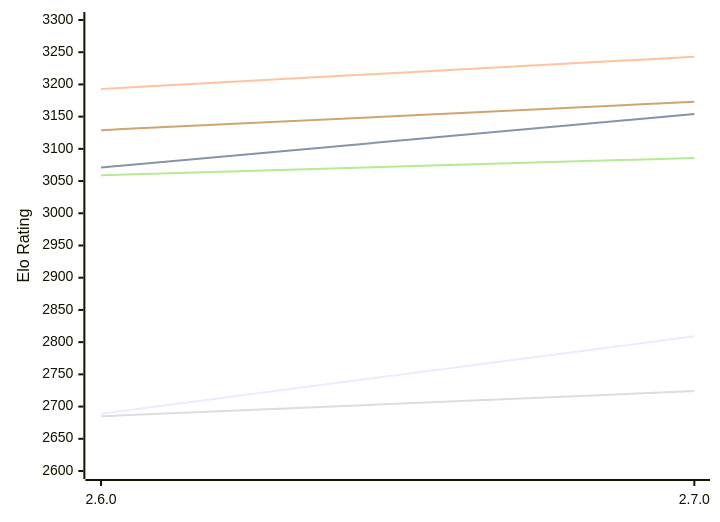
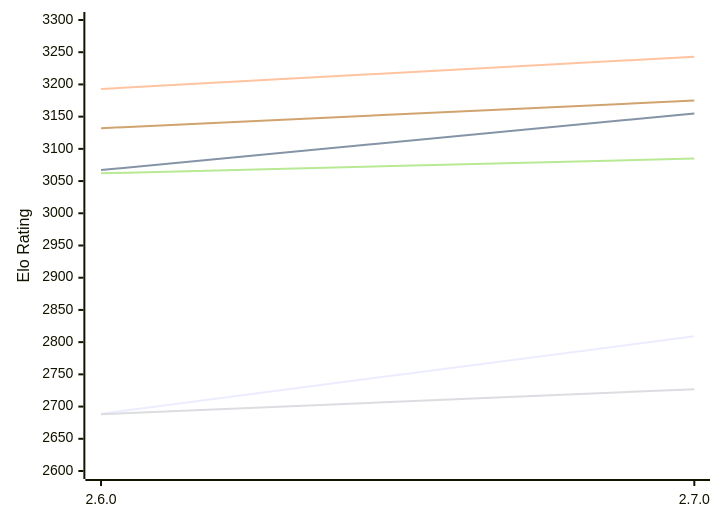
The first of 2 diagrams in engines/Sturddle2.md (computer-chess-index/cci), drawn with Mermaid before and after one commit. The commit also changed other lines of this file, not shown here.

Commit message:
Update CCI Ratings (ELO VLTC) - 2026-11-24

````diff
--- a/engines/Sturddle2.md
+++ b/engines/Sturddle2.md
@@ -51,12 +51,12 @@
 ```mermaid
 %%{init: {"theme":"base","themeVariables":{"seriesColors:['#a3a3a3','#222221','#faa371']}}}%%
 xychart-beta
   x-axis ["2.6.0", "2.7.0"]
   y-axis "Elo Rating" 2600 --> 3300
   line "E1: STC (8.0+0.08s)" [2689, 2809]
-  line "E1: LTC (60.0+0.60s)" [3071, 3154]
+  line "E1: LTC (60.0+0.60s)" [3067, 3155]
   line "E1: VLTC (2m24s+1.12s)" [3193, 3243]
-  line "P1: STC (8.0+0.08s)" [2685, 2724]
-  line "P1: LTC (60.0+0.60s)" [3059, 3086]
-  line "P1: VLTC (2m24s+1.12s)" [3129, 3173]
+  line "P1: STC (8.0+0.08s)" [2688, 2727]
+  line "P1: LTC (60.0+0.60s)" [3062, 3085]
+  line "P1: VLTC (2m24s+1.12s)" [3132, 3175]
 ```
````
